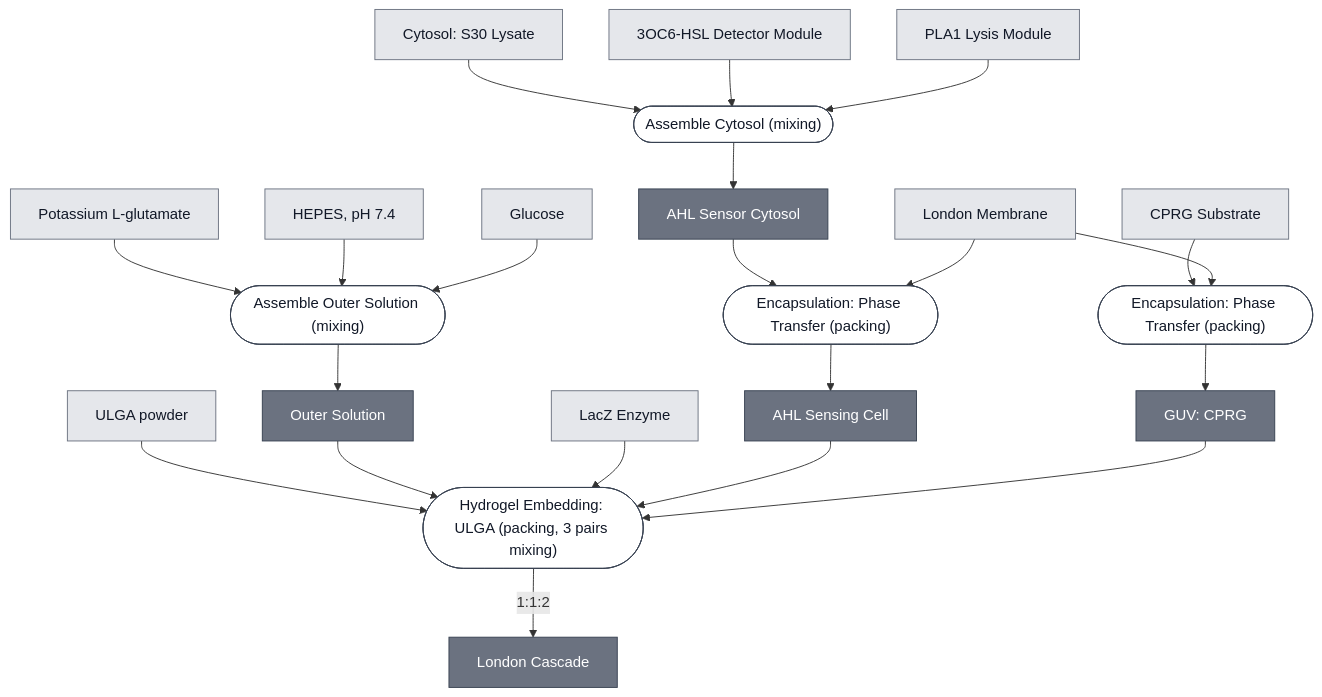
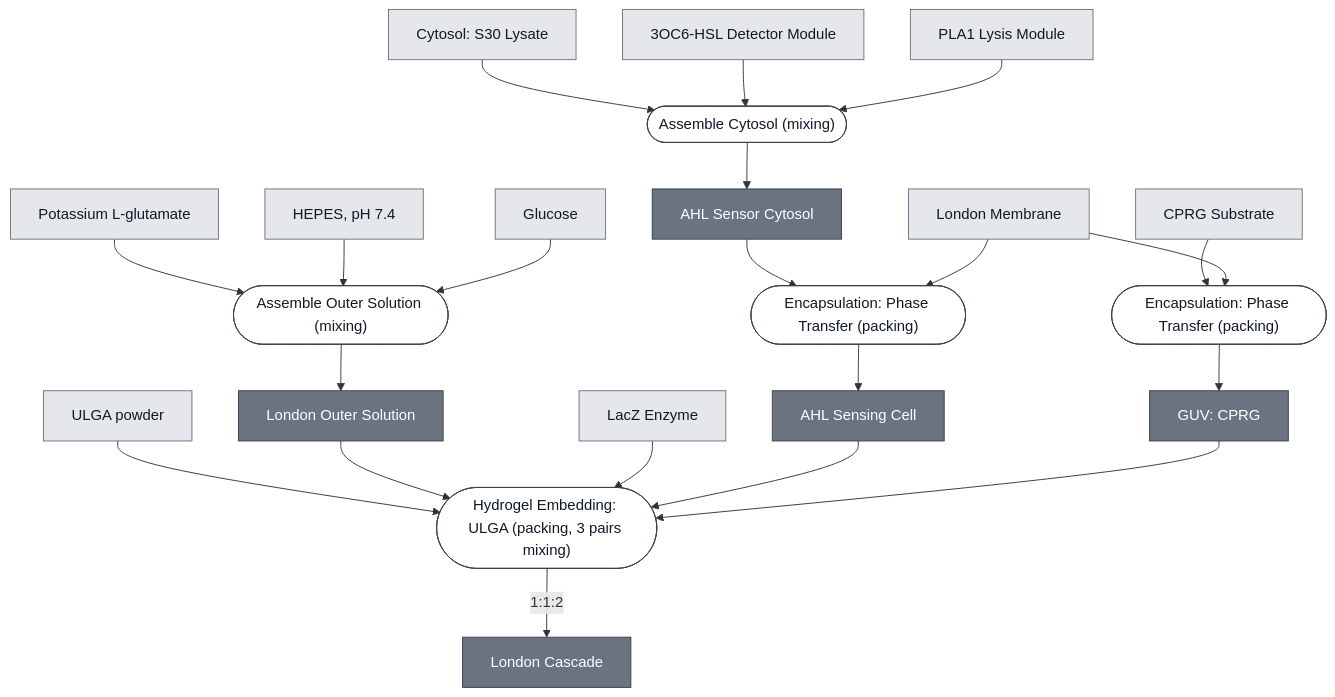
The diagram in docs/modules/london-cascade/spec.md (nucleus-eng/nucleus-docs), drawn with Mermaid before and after one commit. The commit also changed other lines of this file and 18 other files, not shown here.

````diff
--- a/docs/modules/london-cascade/spec.md
+++ b/docs/modules/london-cascade/spec.md
@@ -25,74 +25,75 @@
 ```mermaid
 flowchart TD
     S30_LYSATE["Cytosol: S30 Lysate"]
     DETECTOR_3OC6_HSL["3OC6-HSL Detector Module"]
     EFFECTOR_PLA1["PLA1 Lysis Module"]
     MEMBRANE_POPC["London Membrane"]
     SUBSTRATE_CPRG["CPRG Substrate"]
     REPORTER_LACZ_ENZYME["LacZ Enzyme"]
     ULGA_POWDER["ULGA powder"]
     POTASSIUM_GLUTAMATE["Potassium L-glutamate"]
     HEPES["HEPES, pH 7.4"]
     GLUCOSE["Glucose"]
 
     P1_ASSEMBLE_CYTOSOL_0(["Assemble Cytosol (mixing)"])
     AHL_SENSOR_CYTOSOL["AHL Sensor Cytosol"]
     P2_ENCAPSULATE_SENSING_0(["Encapsulation: Phase Transfer (packing)"])
     AHL_SENSING_CELL["AHL Sensing Cell"]
     P3_ENCAPSULATE_SUBSTRATE_0(["Encapsulation: Phase Transfer (packing)"])
     GUV_CPRG["GUV: CPRG"]
     P4_ASSEMBLE_OUTER_SOLUTION_0(["Assemble Outer Solution (mixing)"])
-    OUTER_SOLUTION["Outer Solution"]
+    OUTER_SOLUTION_LONDON["London Outer Solution"]
     P5_EMBED_ULGA_0(["Hydrogel Embedding: ULGA (packing, 3 pairs mixing)"])
     LONDON_CASCADE["London Cascade"]
 
     S30_LYSATE --> P1_ASSEMBLE_CYTOSOL_0
     DETECTOR_3OC6_HSL --> P1_ASSEMBLE_CYTOSOL_0
     EFFECTOR_PLA1 --> P1_ASSEMBLE_CYTOSOL_0
     P1_ASSEMBLE_CYTOSOL_0 --> AHL_SENSOR_CYTOSOL
 
     AHL_SENSOR_CYTOSOL --> P2_ENCAPSULATE_SENSING_0
     MEMBRANE_POPC --> P2_ENCAPSULATE_SENSING_0
     P2_ENCAPSULATE_SENSING_0 --> AHL_SENSING_CELL
 
     SUBSTRATE_CPRG --> P3_ENCAPSULATE_SUBSTRATE_0
     MEMBRANE_POPC --> P3_ENCAPSULATE_SUBSTRATE_0
     P3_ENCAPSULATE_SUBSTRATE_0 --> GUV_CPRG
 
     POTASSIUM_GLUTAMATE --> P4_ASSEMBLE_OUTER_SOLUTION_0
     HEPES --> P4_ASSEMBLE_OUTER_SOLUTION_0
     GLUCOSE --> P4_ASSEMBLE_OUTER_SOLUTION_0
-    P4_ASSEMBLE_OUTER_SOLUTION_0 --> OUTER_SOLUTION
+    P4_ASSEMBLE_OUTER_SOLUTION_0 --> OUTER_SOLUTION_LONDON
 
     ULGA_POWDER --> P5_EMBED_ULGA_0
-    OUTER_SOLUTION --> P5_EMBED_ULGA_0
+    OUTER_SOLUTION_LONDON --> P5_EMBED_ULGA_0
     REPORTER_LACZ_ENZYME --> P5_EMBED_ULGA_0
     AHL_SENSING_CELL --> P5_EMBED_ULGA_0
     GUV_CPRG --> P5_EMBED_ULGA_0
     P5_EMBED_ULGA_0 -->|"1:1:2"| LONDON_CASCADE
 
 
     classDef leaf     fill:#e5e7eb,stroke:#6b7280,color:#111827;
     classDef composed fill:#6b7280,stroke:#374151,color:#ffffff;
     classDef process  fill:#ffffff,stroke:#374151,color:#111827;
     class S30_LYSATE,DETECTOR_3OC6_HSL,EFFECTOR_PLA1,MEMBRANE_POPC,SUBSTRATE_CPRG,REPORTER_LACZ_ENZYME,ULGA_POWDER,POTASSIUM_GLUTAMATE,HEPES,GLUCOSE leaf;
-    class AHL_SENSOR_CYTOSOL,AHL_SENSING_CELL,GUV_CPRG,OUTER_SOLUTION,LONDON_CASCADE composed;
+    class AHL_SENSOR_CYTOSOL,AHL_SENSING_CELL,GUV_CPRG,OUTER_SOLUTION_LONDON,LONDON_CASCADE composed;
     class P1_ASSEMBLE_CYTOSOL_0,P2_ENCAPSULATE_SENSING_0,P3_ENCAPSULATE_SUBSTRATE_0,P4_ASSEMBLE_OUTER_SOLUTION_0,P5_EMBED_ULGA_0 process;
 
     click S30_LYSATE "/docs/modules/s30-lysate/spec"
     click DETECTOR_3OC6_HSL "/docs/modules/detector-3oc6-hsl/spec"
     click EFFECTOR_PLA1 "/docs/modules/effector-pla1/spec"
     click MEMBRANE_POPC "/docs/modules/membrane-popc/spec"
     click SUBSTRATE_CPRG "/docs/modules/substrate-cprg/spec"
     click REPORTER_LACZ_ENZYME "/docs/modules/reporter-lacz-enzyme/spec"
     click ULGA_POWDER "/docs/modules/gel-ulga/spec"
     click P1_ASSEMBLE_CYTOSOL_0 "/docs/processes/assemble-cytosol/assemble-cytosol-main"
     click AHL_SENSOR_CYTOSOL "/docs/modules/ahl-sensor-cytosol/spec"
     click P2_ENCAPSULATE_SENSING_0 "/docs/processes/assemble-base-cell/main"
     click AHL_SENSING_CELL "/docs/modules/ahl-sensing-cell/spec"
     click P3_ENCAPSULATE_SUBSTRATE_0 "/docs/processes/assemble-base-cell/main"
     click GUV_CPRG "/docs/modules/guv-cprg/spec"
     click P4_ASSEMBLE_OUTER_SOLUTION_0 "/docs/processes/assemble-outer-solution/main"
+    click OUTER_SOLUTION_LONDON "/docs/modules/outer-solution-london/spec"
     click P5_EMBED_ULGA_0 "/docs/processes/embed-ulga-hydrogel/main"
     click LONDON_CASCADE "/docs/modules/london-cascade/spec"
 ```
````
